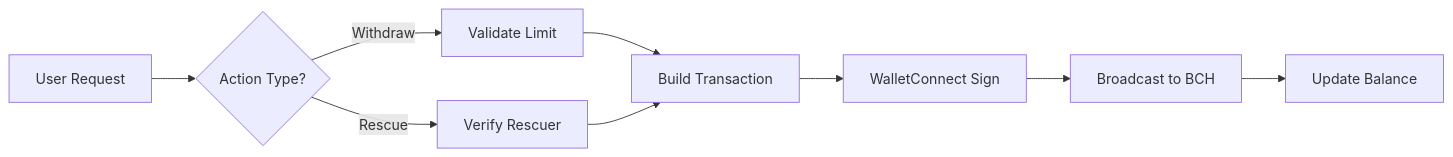
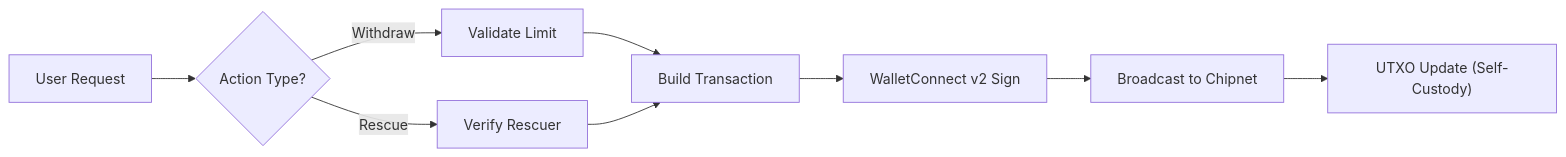
The diagram in README.md (furkngld/fortressvault), drawn with Mermaid before and after one commit. The commit also changed other lines of this file, not shown here.

````diff
--- a/README.md
+++ b/README.md
@@ -120,11 +133,11 @@
 ```mermaid
 graph LR
     A[User Request] --> B{Action Type?}
     B -->|Withdraw| C[Validate Limit]
     B -->|Rescue| D[Verify Rescuer]
     C --> E[Build Transaction]
     D --> E
-    E --> F[WalletConnect Sign]
-    F --> G[Broadcast to BCH]
-    G --> H[Update Balance]
+    E --> F[WalletConnect v2 Sign]
+    F --> G[Broadcast to Chipnet]
+    G --> H["UTXO Update (Self-Custody)"]
 ```
````
